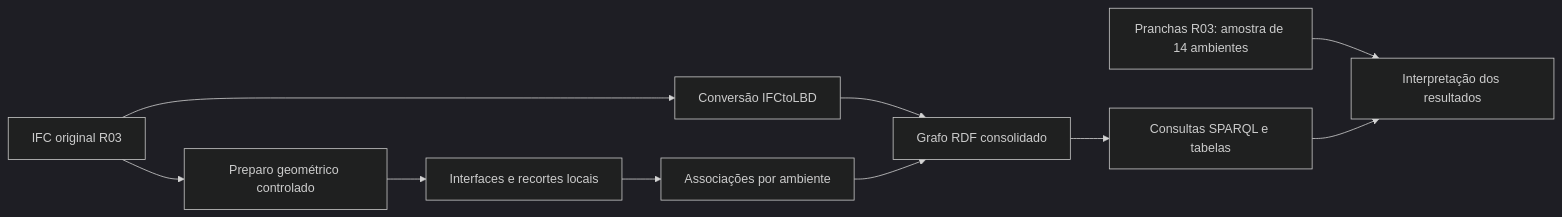
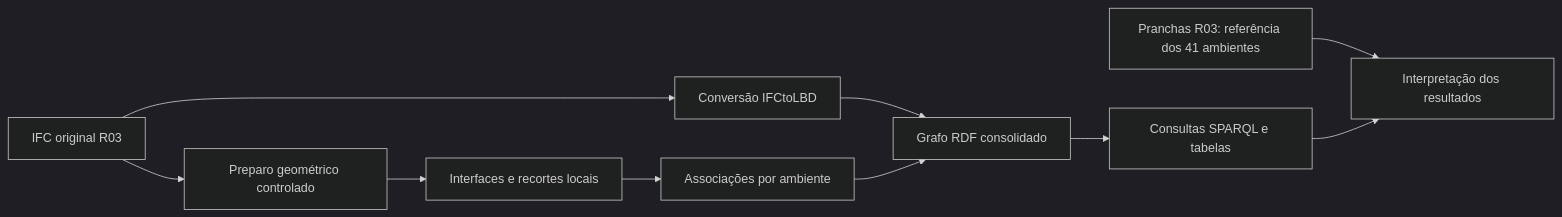
Before and after one commit to prcgui/bim-ontology-CIV2155: the diagram in docs/Metodo_e_Alcance.md, drawn with Mermaid (dark theme). The commit also changed other lines of this file and 30 other files, not shown here.

````diff
--- a/docs/Metodo_e_Alcance.md
+++ b/docs/Metodo_e_Alcance.md
@@ -13,12 +13,12 @@
 ```mermaid
 flowchart LR
   A[IFC original R03] --> B[Conversão IFCtoLBD]
   A --> C[Preparo geométrico controlado]
   C --> D[Interfaces e recortes locais]
   D --> E[Associações por ambiente]
   B --> F[Grafo RDF consolidado]
   E --> F
   F --> G[Consultas SPARQL e tabelas]
-  H[Pranchas R03: amostra de 14 ambientes] --> I[Interpretação dos resultados]
+  H[Pranchas R03: referência dos 41 ambientes] --> I[Interpretação dos resultados]
   G --> I
 ```
````
